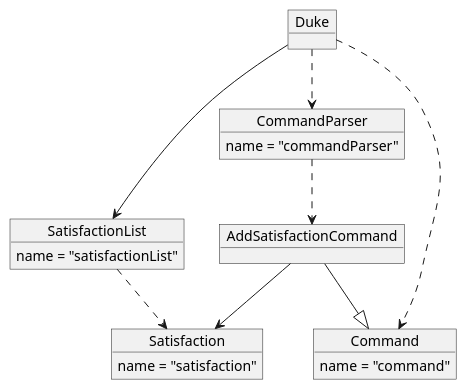
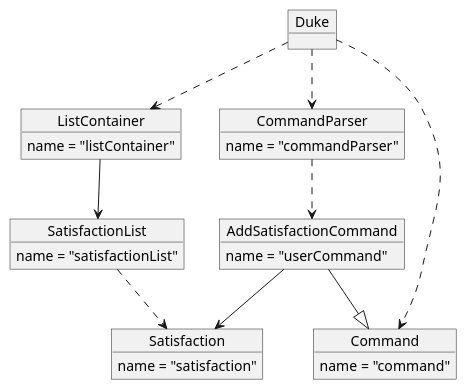
Before and after one commit to nus-cs2113-AY2122S2/tp: the diagram in docs/team/alinazheng_addsatisfactioncommand_uml/AddSatisfactionCommandObjectDiagram.puml, drawn with PlantUML. The commit also changed 11 other files, not shown here.

Commit message:
Update object diagrams for adding satisfaction

```diff
--- a/docs/team/alinazheng_addsatisfactioncommand_uml/AddSatisfactionCommandObjectDiagram.puml
+++ b/docs/team/alinazheng_addsatisfactioncommand_uml/AddSatisfactionCommandObjectDiagram.puml
@@ -1,42 +1,30 @@
 @startuml
-'https://plantuml.com/object-diagram
-'object London
-'object Washington
-'object Berlin
-'object NewYork
-'
-'map CapitalCity {
-' UK *-> London
-' USA *--> Washington
-' Germany *---> Berlin
-'}
-'
-'NewYork --> CapitalCity::USA
+object Duke
 
-object Duke
-object SatisfactionList
-SatisfactionList : name = "satisfactionList"
+object ListContainer
+ListContainer : name = "listContainer"
+Duke ..> ListContainer
+
+object CommandParser
+CommandParser : name = "commandParser"
+Duke ..> CommandParser
 
 object Command
 Command : name = "command"
-
-object CommandParser
-CommandParser : name = "commandParser"
+Duke ..> Command
 
 object AddSatisfactionCommand
+AddSatisfactionCommand : name = "userCommand"
+AddSatisfactionCommand --|> Command
+
+CommandParser ..> AddSatisfactionCommand
 
 object Satisfaction
 Satisfaction : name = "satisfaction"
+AddSatisfactionCommand --> Satisfaction
 
-Duke --> SatisfactionList
-Duke ..> CommandParser
-Duke ..> Command
-CommandParser ..> AddSatisfactionCommand
-
-
-AddSatisfactionCommand --> Satisfaction
-AddSatisfactionCommand --|> Command
-
+object SatisfactionList
+SatisfactionList : name = "satisfactionList"
+ListContainer --> SatisfactionList
 SatisfactionList ..> Satisfaction
-
 @enduml
```
